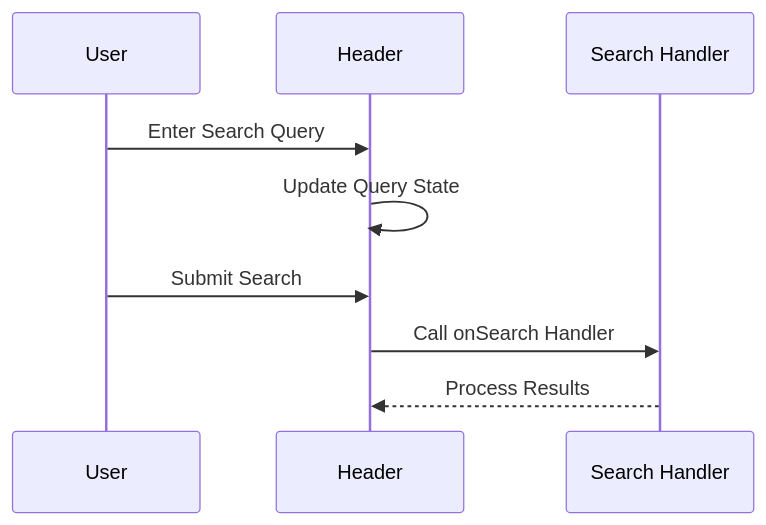
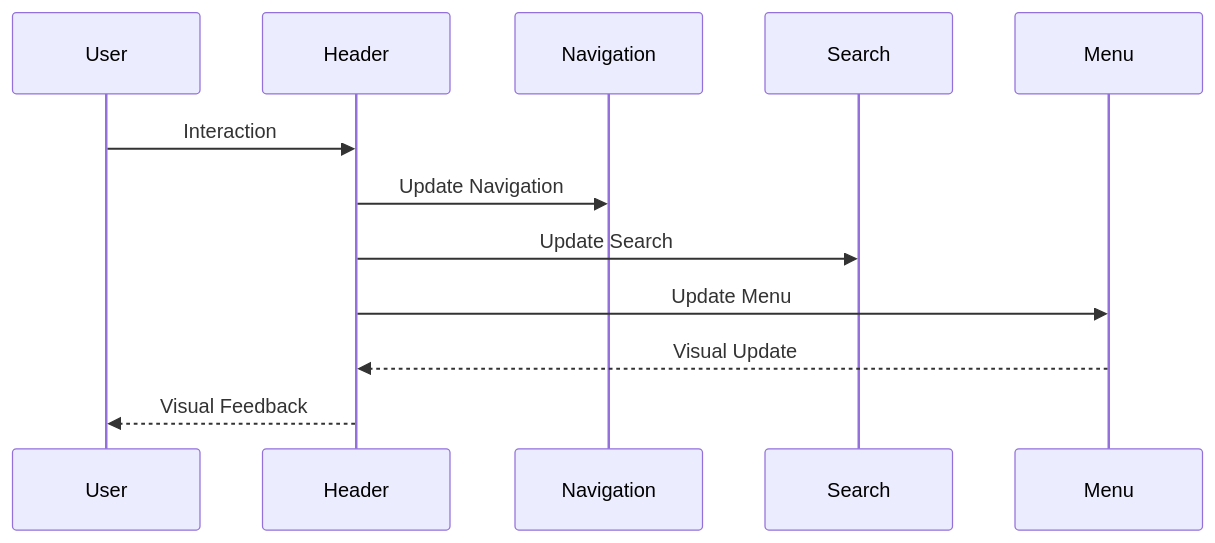
Before and after one commit to gedeza/thrive-send: the second of 3 diagrams in DOCS/components/layout/Header.md, drawn with Mermaid. The commit also changed other lines of this file and 25 other files, not shown here.

````diff
--- a/DOCS/components/layout/Header.md
+++ b/DOCS/components/layout/Header.md
@@ -22,12 +42,15 @@
 ```mermaid
 sequenceDiagram
     participant U as User
     participant H as Header
-    participant S as Search Handler
+    participant N as Navigation
+    participant S as Search
+    participant M as Menu
     
-    U->>H: Enter Search Query
-    H->>H: Update Query State
-    U->>H: Submit Search
-    H->>S: Call onSearch Handler
-    S-->>H: Process Results
+    U->>H: Interaction
+    H->>N: Update Navigation
+    H->>S: Update Search
+    H->>M: Update Menu
+    M-->>H: Visual Update
+    H-->>U: Visual Feedback
 ```
````
